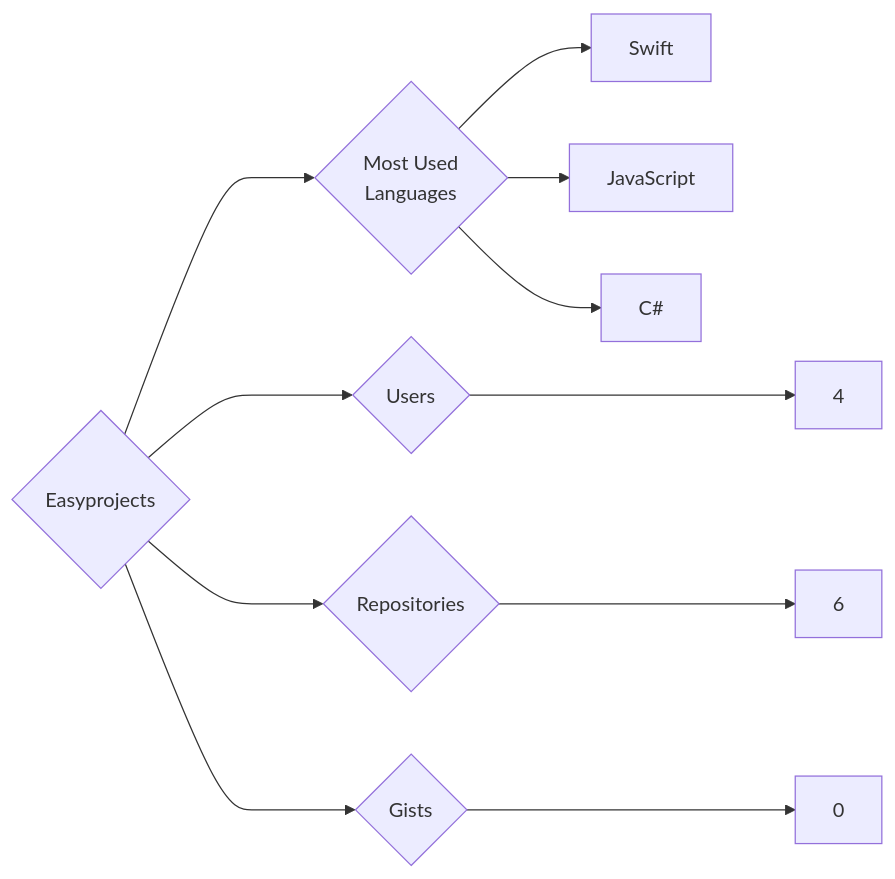
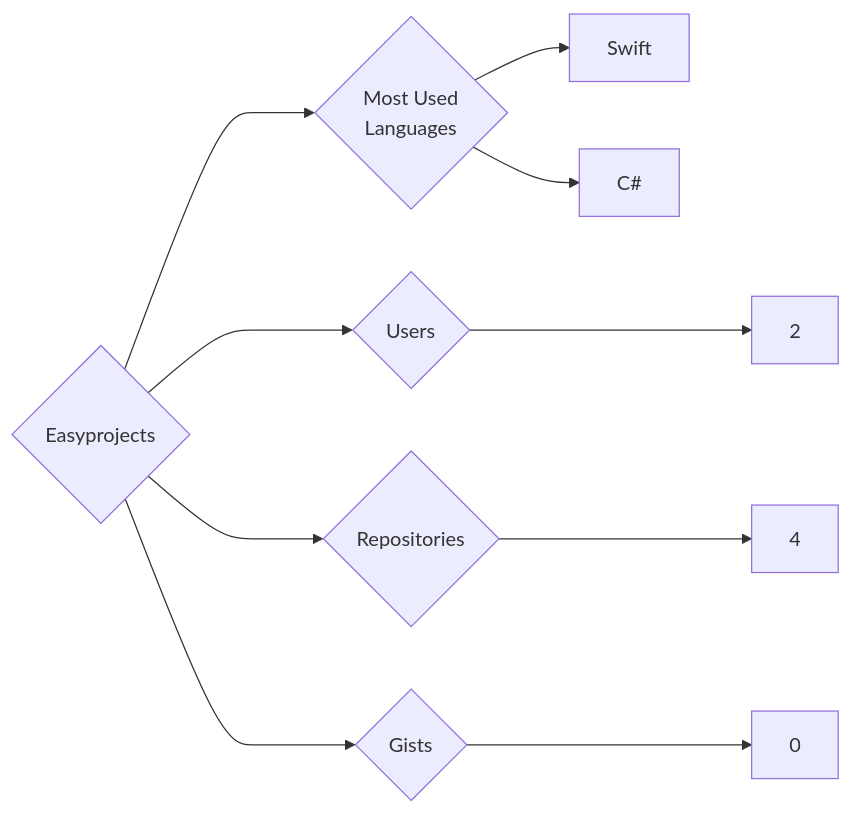
One commit to trickest/insiders changed the diagram in targets/Easyprojects/README.md. Above: the diagram before and after it, drawn with Mermaid. The commit also changed 1167 other files, not shown here.

````diff
--- a/targets/Easyprojects/README.md
+++ b/targets/Easyprojects/README.md
@@ -3,11 +3,10 @@
 ```mermaid
 graph LR
 COMPANY_NAME{Easyprojects}
-COMPANY_NAME ---> U{Users} ---> UN[4]
-COMPANY_NAME ---> R{Repositories} ---> RN[6]
+COMPANY_NAME ---> U{Users} ---> UN[2]
+COMPANY_NAME ---> R{Repositories} ---> RN[4]
 COMPANY_NAME ---> G{Gists} ---> GN[0]
 COMPANY_NAME ---> ML{Most Used<br>Languages}
 ML --> Swift[Swift]
-ML --> JavaScript[JavaScript]
 ML --> C#[C#]
 ```
````
